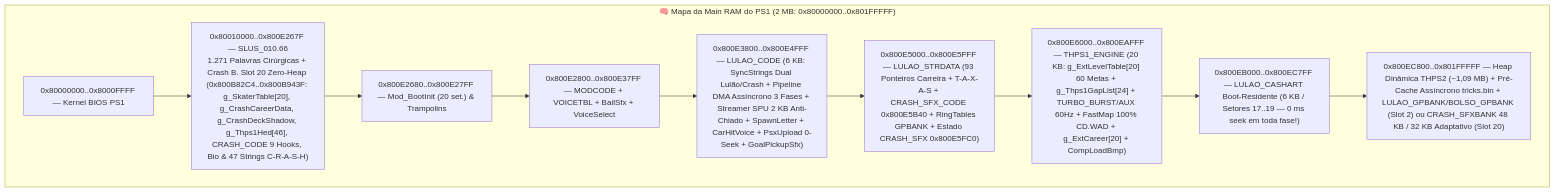
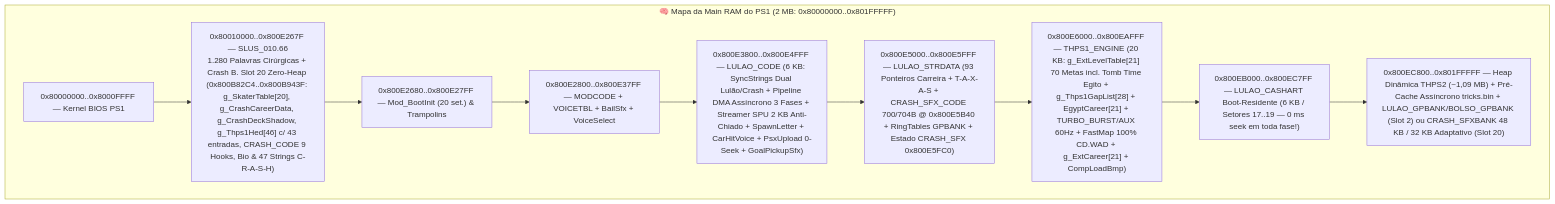
The eighth of 8 diagrams in HISTORIA_DO_PROJETO_THPS2_MOD.md (WagnerxOliveira/Tony_Hawk-s_Pro_Skater_2_Mod_PSX), drawn with Mermaid before and after one commit. The commit also changed other lines of this file and 10 other files, not shown here.

Commit message:
feat: adiciona fase inedita Tomb Time (Egito - Crash 3) antes do Create-A-Park com half-pipe, piscina vazia, grinds, modelos 3D/texturas originais e 10 objetivos

````diff
--- a/HISTORIA_DO_PROJETO_THPS2_MOD.md
+++ b/HISTORIA_DO_PROJETO_THPS2_MOD.md
@@ -871,15 +918,15 @@
 ```mermaid
 flowchart TB
     subgraph RAM["🧠 Mapa da Main RAM do PS1 (2 MB: 0x80000000..0x801FFFFF)"]
         K["0x80000000..0x8000FFFF — Kernel BIOS PS1"]
-        E["0x80010000..0x800E267F — SLUS_010.66<br/>1.271 Palavras Cirúrgicas + Crash B. Slot 20 Zero-Heap (0x800B82C4..0x800B943F: g_SkaterTable[20], g_CrashCareerData, g_CrashDeckShadow, g_Thps1Hed[46], CRASH_CODE 9 Hooks, Bio & 47 Strings C-R-A-S-H)"]
+        E["0x80010000..0x800E267F — SLUS_010.66<br/>1.280 Palavras Cirúrgicas + Crash B. Slot 20 Zero-Heap (0x800B82C4..0x800B943F: g_SkaterTable[20], g_CrashCareerData, g_CrashDeckShadow, g_Thps1Hed[46] c/ 43 entradas, CRASH_CODE 9 Hooks, Bio & 47 Strings C-R-A-S-H)"]
         B["0x800E2680..0x800E27FF — Mod_BootInit (20 set.) & Trampolins"]
         M["0x800E2800..0x800E37FF — MODCODE + VOICETBL + BailSfx + VoiceSelect"]
         L["0x800E3800..0x800E4FFF — LULAO_CODE (6 KB: SyncStrings Dual Lulão/Crash + Pipeline DMA Assíncrono 3 Fases + Streamer SPU 2 KB Anti-Chiado + SpawnLetter + CarHitVoice + PsxUpload 0-Seek + GoalPickupSfx)"]
-        S["0x800E5000..0x800E5FFF — LULAO_STRDATA (93 Ponteiros Carreira + T-A-X-A-S + CRASH_SFX_CODE 0x800E5B40 + RingTables GPBANK + Estado CRASH_SFX 0x800E5FC0)"]
-        T["0x800E6000..0x800EAFFF — THPS1_ENGINE (20 KB: g_ExtLevelTable[20] 60 Metas + g_Thps1GapList[24] + TURBO_BURST/AUX 60Hz + FastMap 100% CD.WAD + g_ExtCareer[20] + CompLoadBmp)"]
+        S["0x800E5000..0x800E5FFF — LULAO_STRDATA (93 Ponteiros Carreira + T-A-X-A-S + CRASH_SFX_CODE 700/704B @ 0x800E5B40 + RingTables GPBANK + Estado CRASH_SFX 0x800E5FC0)"]
+        T["0x800E6000..0x800EAFFF — THPS1_ENGINE (20 KB: g_ExtLevelTable[21] 70 Metas incl. Tomb Time Egito + g_Thps1GapList[28] + EgyptCareer[21] + TURBO_BURST/AUX 60Hz + FastMap 100% CD.WAD + g_ExtCareer[21] + CompLoadBmp)"]
         C["0x800EB000..0x800EC7FF — LULAO_CASHART Boot-Residente (6 KB / Setores 17..19 — 0 ms seek em toda fase!)"]
         H["0x800EC800..0x801FFFFF — Heap Dinâmica THPS2 (~1,09 MB) + Pré-Cache Assíncrono tricks.bin + LULAO_GPBANK/BOLSO_GPBANK (Slot 2) ou CRASH_SFXBANK 48 KB / 32 KB Adaptativo (Slot 20)"]
     end
     K --> E --> B --> M --> L --> S --> T --> C --> H
 ```
````
